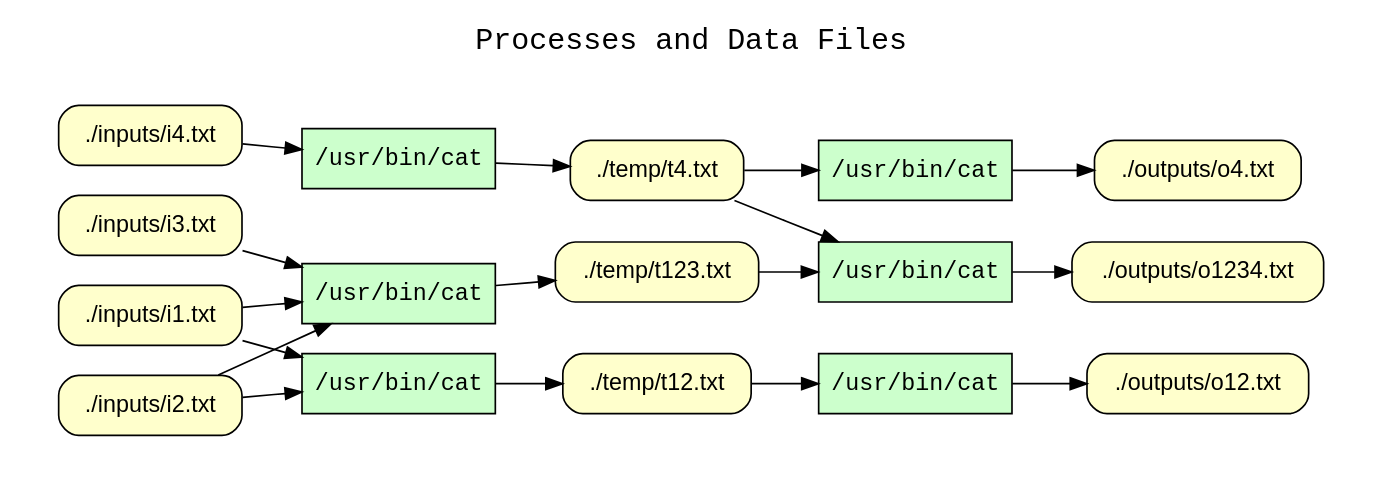
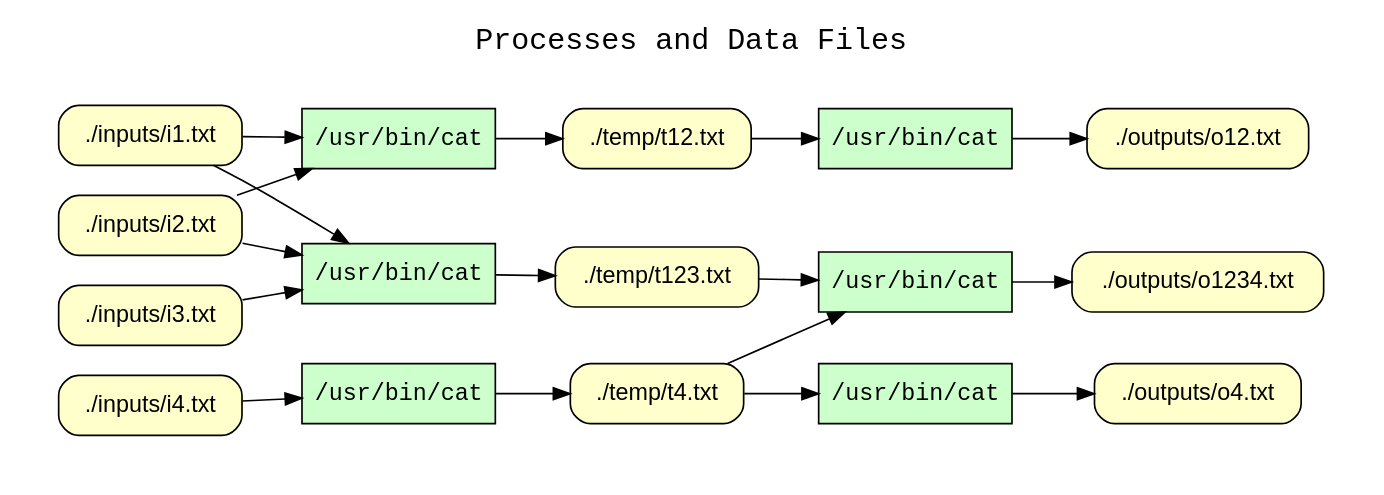
One commit to CIRSS/cpr changed the diagram in examples/08-branched-pipeline/graphs.d/cpr_processes_and_data_files.dot. Above: the diagram before and after it, drawn with Graphviz. The commit also changed other lines of this file and 10 other files, not shown here.

```diff
--- a/examples/08-branched-pipeline/graphs.d/cpr_processes_and_data_files.dot
+++ b/examples/08-branched-pipeline/graphs.d/cpr_processes_and_data_files.dot
@@ -1,43 +1,43 @@
 
 digraph cpr_run {
 rankdir=LR
 fontname=Courier; fontsize=18; labelloc=t
 label="Processes and Data Files"
 subgraph cluster_inputs { label=""; color=white; penwidth=0
 subgraph cluster_inputs_inner { label=""; color=white
 node[shape=box style="filled" fillcolor="#CCFFCC" peripheries=1 fontname=Courier]
 "exe:e7" [label="/usr/bin/cat"]
 "exe:e6" [label="/usr/bin/cat"]
 "exe:e5" [label="/usr/bin/cat"]
 "exe:e4" [label="/usr/bin/cat"]
 "exe:e3" [label="/usr/bin/cat"]
 "exe:e2" [label="/usr/bin/cat"]
 node[shape=box style="rounded,filled" fillcolor="#FFFFCC" peripheries=1 fontname=Helvetica]
+"access:i15" [label="./inputs/i1.txt"]
+"access:i23" [label="./outputs/o4.txt"]
+"access:i16" [label="./inputs/i2.txt"]
 "access:i17" [label="./temp/t123.txt"]
 "access:i18" [label="./inputs/i3.txt"]
 "access:i19" [label="./temp/t4.txt"]
 "access:i20" [label="./inputs/i4.txt"]
 "access:i9" [label="./temp/t12.txt"]
 "access:i21" [label="./outputs/o12.txt"]
 "access:i22" [label="./outputs/o1234.txt"]
-"access:i15" [label="./inputs/i1.txt"]
-"access:i23" [label="./outputs/o4.txt"]
-"access:i16" [label="./inputs/i2.txt"]
 "exe:e7" -> "access:i23"
 "exe:e6" -> "access:i22"
 "exe:e5" -> "access:i21"
 "exe:e4" -> "access:i19"
 "exe:e3" -> "access:i17"
 "exe:e2" -> "access:i9"
 "access:i19" -> "exe:e7"
 "access:i17" -> "exe:e6"
 "access:i19" -> "exe:e6"
 "access:i9" -> "exe:e5"
 "access:i20" -> "exe:e4"
 "access:i15" -> "exe:e3"
 "access:i16" -> "exe:e3"
 "access:i18" -> "exe:e3"
 "access:i15" -> "exe:e2"
 "access:i16" -> "exe:e2"
 }}
 }
```
